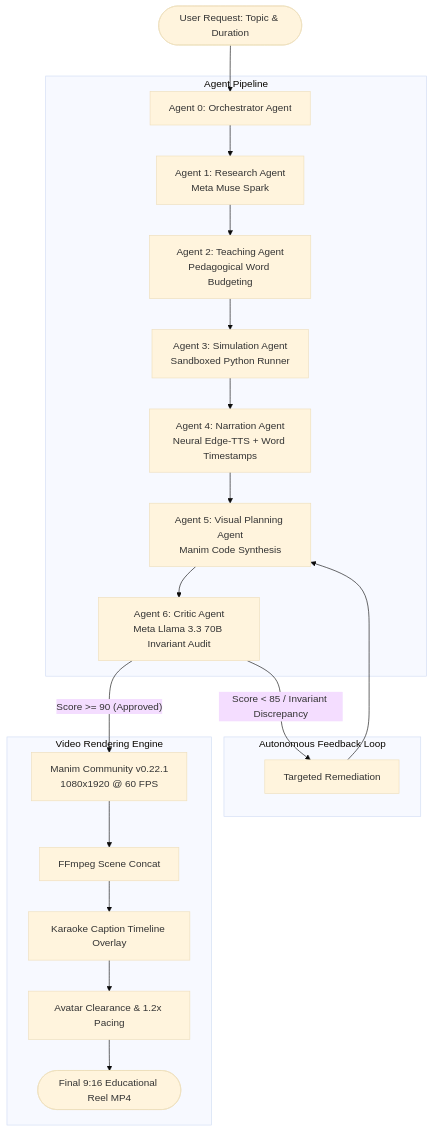
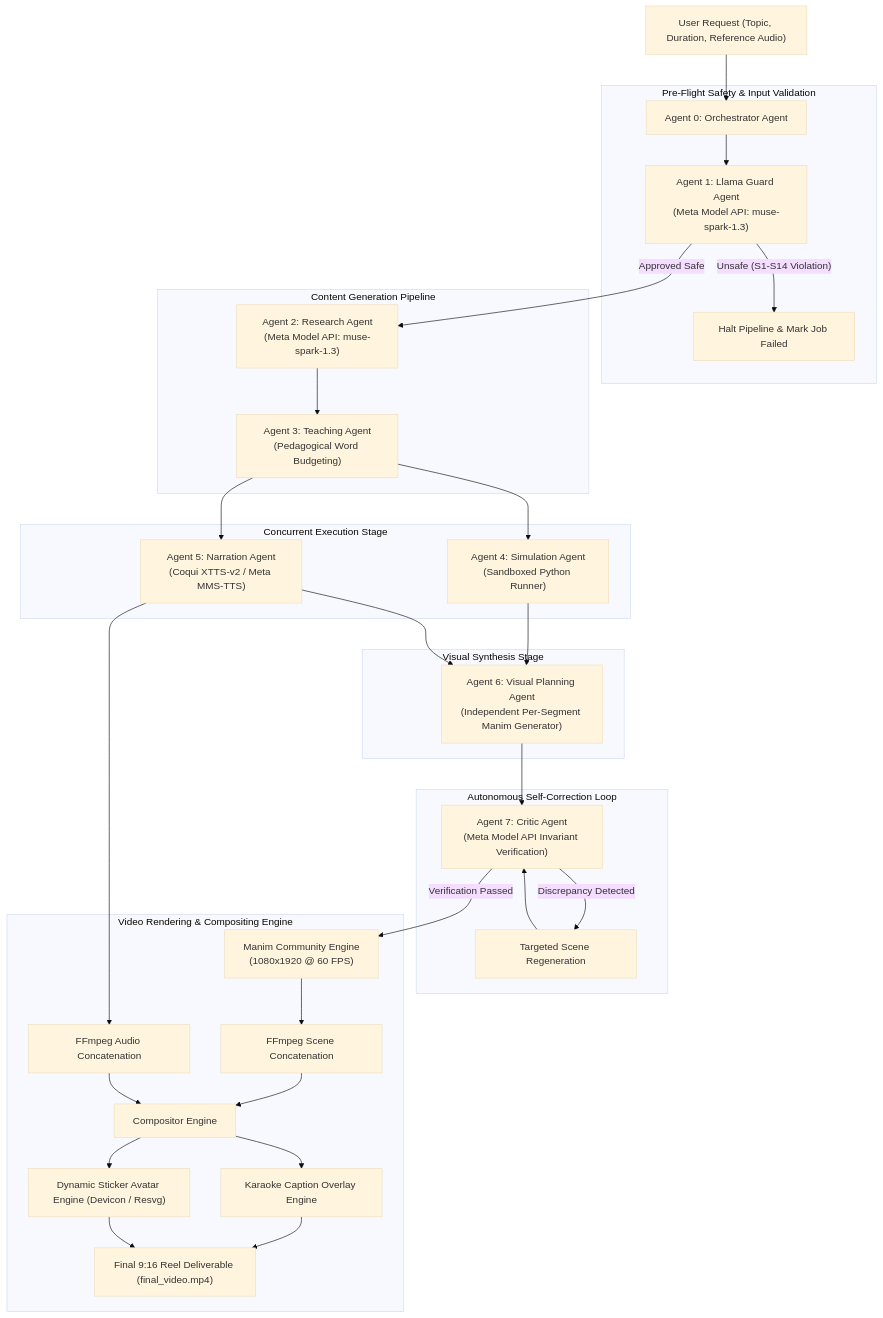
One commit to lakshita10341/Concept2Motion changed the diagram in README.md. Above: the diagram before and after it, drawn with Mermaid (base theme). The commit also changed other lines of this file, not shown here.

Commit message:
docs: update README with complete architecture, model specifications, setup guide, and zero emojis

````diff
--- a/README.md
+++ b/README.md
@@ -22,26 +25,42 @@
 ```mermaid
 flowchart TD
-    User([User Request: Topic & Duration]) --> Orch[Agent 0: Orchestrator Agent]
-    
-    subgraph Agent Pipeline
-        Orch --> R[Agent 1: Research Agent<br/>Meta Muse Spark]
-        R --> T[Agent 2: Teaching Agent<br/>Pedagogical Word Budgeting]
-        T --> S[Agent 3: Simulation Agent<br/>Sandboxed Python Runner]
-        S --> N[Agent 4: Narration Agent<br/>Neural Edge-TTS + Word Timestamps]
-        N --> V[Agent 5: Visual Planning Agent<br/>Manim Code Synthesis]
-        V --> C[Agent 6: Critic Agent<br/>Meta Llama 3.3 70B Invariant Audit]
+    User["User Request (Topic, Duration, Reference Audio)"] --> Orch["Agent 0: Orchestrator Agent"]
+
+    subgraph PreFlight["Pre-Flight Safety & Input Validation"]
+        Orch --> Guard["Agent 1: Llama Guard Agent<br/>(Meta Model API: muse-spark-1.3)"]
+        Guard -- "Unsafe (S1-S14 Violation)" --> Reject["Halt Pipeline & Mark Job Failed"]
     end
 
-    subgraph Autonomous Feedback Loop
-        C -- "Score < 85 / Invariant Discrepancy" --> SelfCorrect[Targeted Remediation]
-        SelfCorrect --> V
+    subgraph ContentGeneration["Content Generation Pipeline"]
+        Guard -- "Approved Safe" --> Research["Agent 2: Research Agent<br/>(Meta Model API: muse-spark-1.3)"]
+        Research --> Teaching["Agent 3: Teaching Agent<br/>(Pedagogical Word Budgeting)"]
     end
 
-    subgraph Video Rendering Engine
-        C -- "Score >= 90 (Approved)" --> Manim[Manim Community v0.22.1<br/>1080x1920 @ 60 FPS]
-        Manim --> Concat[FFmpeg Scene Concat]
-        Concat --> Caption[Karaoke Caption Timeline Overlay]
-        Caption --> Avatar[Avatar Clearance & 1.2x Pacing]
-        Avatar --> FinalMP4([Final 9:16 Educational Reel MP4])
+    subgraph ParallelExecution["Concurrent Execution Stage"]
+        Teaching --> Sim["Agent 4: Simulation Agent<br/>(Sandboxed Python Runner)"]
+        Teaching --> Narration["Agent 5: Narration Agent<br/>(Coqui XTTS-v2 / Meta MMS-TTS)"]
+    end
+
+    subgraph VisualPlanning["Visual Synthesis Stage"]
+        Sim --> Visual["Agent 6: Visual Planning Agent<br/>(Independent Per-Segment Manim Generator)"]
+        Narration --> Visual
+    end
+
+    subgraph VerificationLoop["Autonomous Self-Correction Loop"]
+        Visual --> Critic["Agent 7: Critic Agent<br/>(Meta Model API Invariant Verification)"]
+        Critic -- "Discrepancy Detected" --> Remediation["Targeted Scene Regeneration"]
+        Remediation --> Critic
+    end
+
+    subgraph VideoAssembly["Video Rendering & Compositing Engine"]
+        Critic -- "Verification Passed" --> ManimEngine["Manim Community Engine<br/>(1080x1920 @ 60 FPS)"]
+        ManimEngine --> SceneConcat["FFmpeg Scene Concatenation"]
+        Narration --> AudioConcat["FFmpeg Audio Concatenation"]
+        SceneConcat --> Composite["Compositor Engine"]
+        AudioConcat --> Composite
+        Composite --> Captions["Karaoke Caption Overlay Engine"]
+        Composite --> Avatar["Dynamic Sticker Avatar Engine (Devicon / Resvg)"]
+        Captions --> FinalMP4["Final 9:16 Reel Deliverable (final_video.mp4)"]
+        Avatar --> FinalMP4
     end
 ```
````
